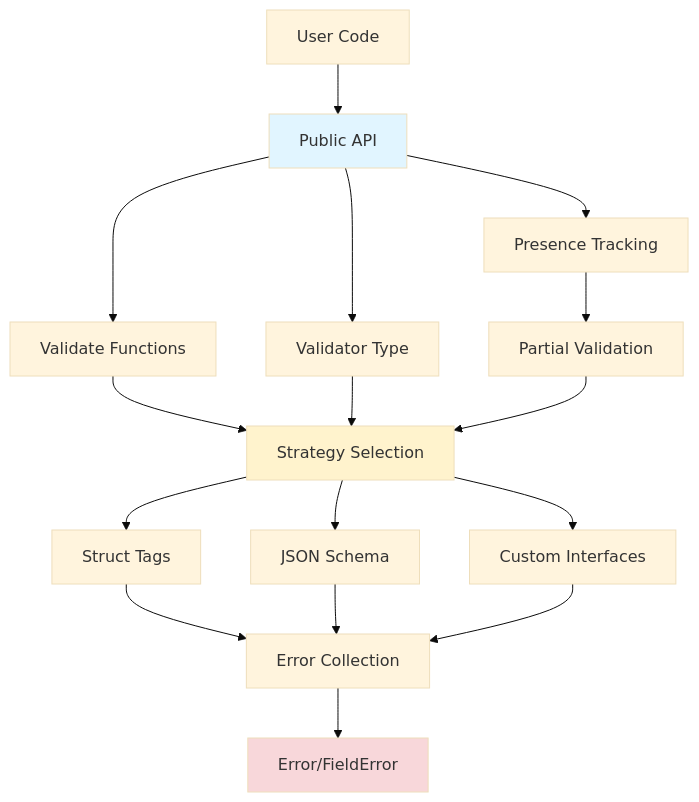
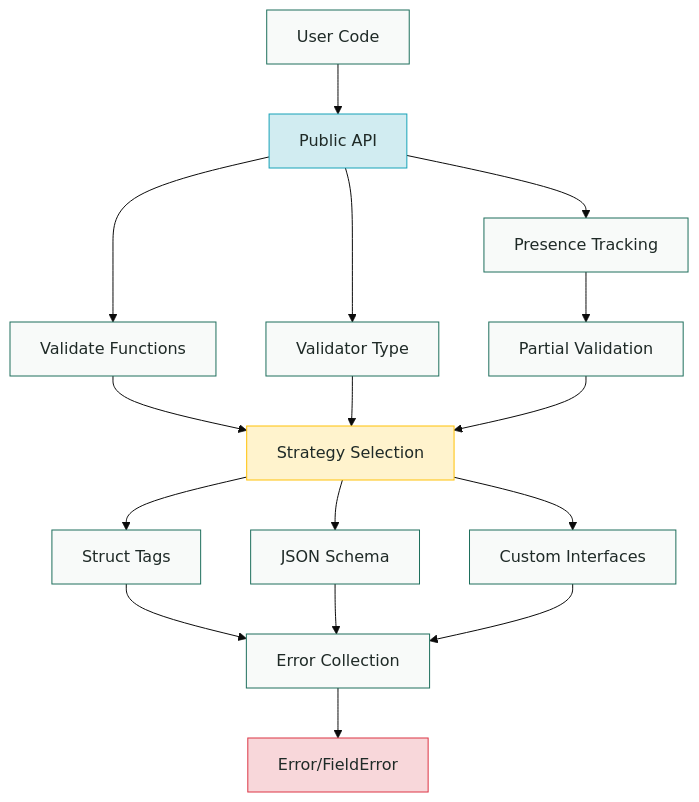
The diagram in content/en/reference/packages/validation/_index.md (rivaas-dev/docs), drawn with Mermaid (base theme) before and after one commit. The commit also changed other lines of this file and 32 other files, not shown here.

````diff
--- a/content/en/reference/packages/validation/_index.md
+++ b/content/en/reference/packages/validation/_index.md
@@ -46,28 +46,29 @@
 ```mermaid
 graph TB
-    User[User Code] --> API[Public API]
+    User[User Code] --> API[Public API]:::info
     
     API --> Validate[Validate Functions]
     API --> Validator[Validator Type]
     API --> Presence[Presence Tracking]
     
-    Validate --> Strategy[Strategy Selection]
+    Validate --> Strategy[Strategy Selection]:::warning
     Validator --> Strategy
     
     Strategy --> Tags[Struct Tags]
     Strategy --> Schema[JSON Schema]
     Strategy --> Interface[Custom Interfaces]
     
     Tags --> Errors[Error Collection]
     Schema --> Errors
     Interface --> Errors
     
-    Errors --> ErrorType[Error/FieldError]
+    Errors --> ErrorType[Error/FieldError]:::danger
     
     Presence --> Partial[Partial Validation]
     Partial --> Strategy
     
-    style API fill:#e1f5ff
-    style Strategy fill:#fff3cd
-    style ErrorType fill:#f8d7da
+    classDef default fill:#F8FAF9,stroke:#1E6F5C,color:#1F2A27
+    classDef info fill:#D1ECF1,stroke:#17A2B8,color:#1F2A27
+    classDef warning fill:#FFF3CD,stroke:#FFC107,color:#1F2A27
+    classDef danger fill:#F8D7DA,stroke:#DC3545,color:#1F2A27
 ```
````
